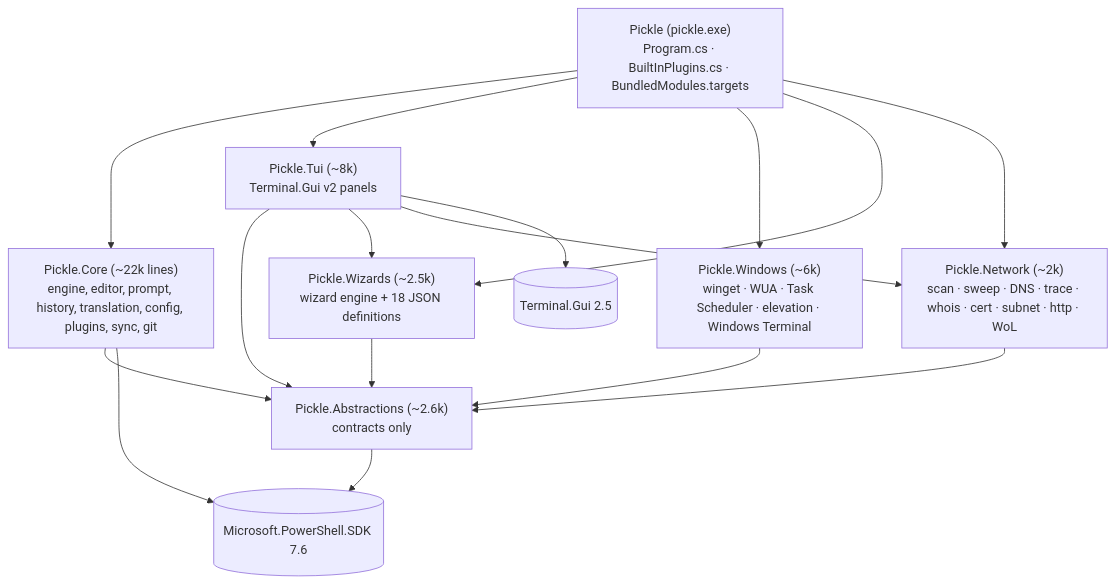
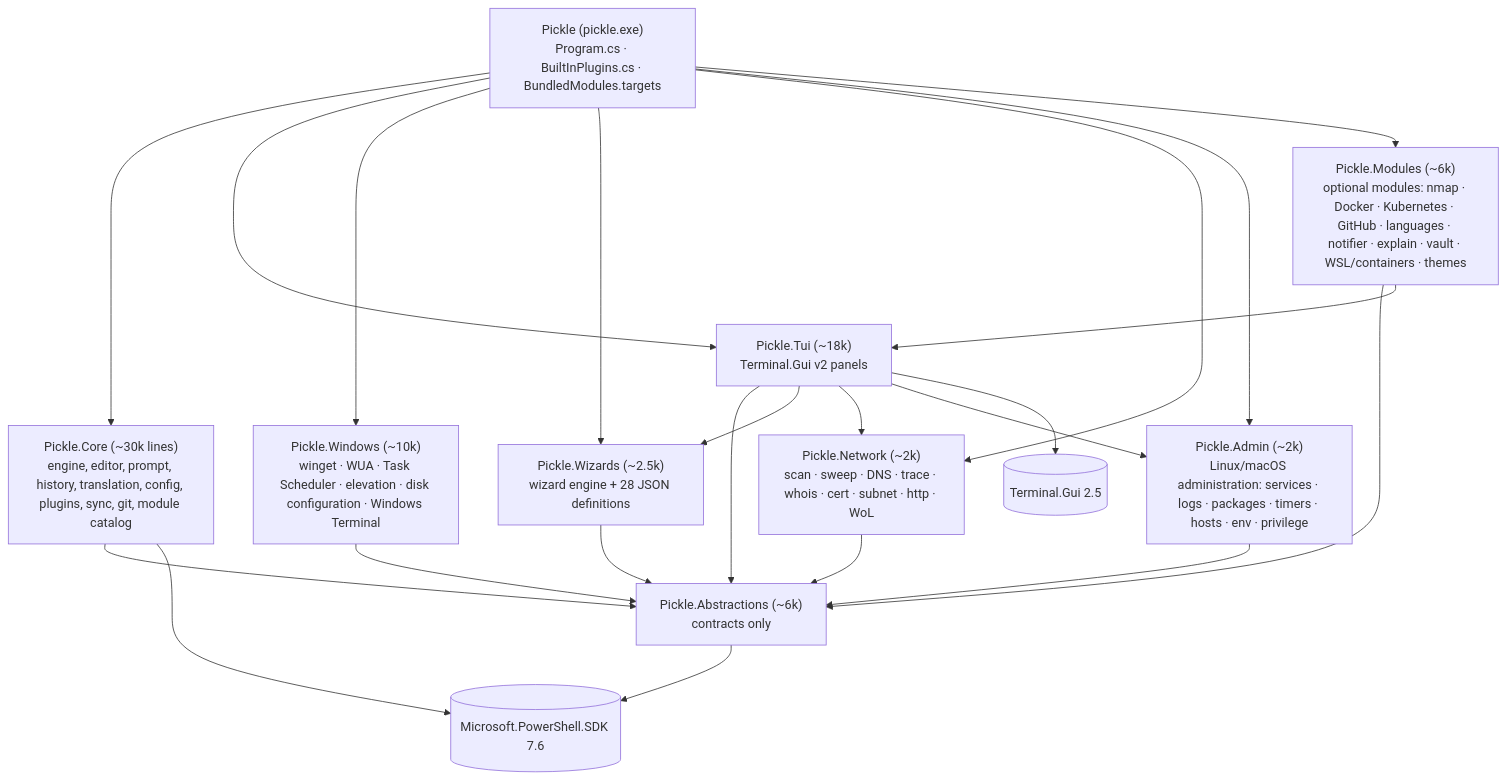
One commit to Daolyap/Pickle changed the first of 3 diagrams in docs/architecture.md. Above: the diagram before and after it, drawn with Mermaid. The commit also changed other lines of this file and 4 other files, not shown here.

First line of the commit message:
Document the new modules, panels and installer choices in the README, architecture guide and CLAUDE.md

````diff
--- a/docs/architecture.md
+++ b/docs/architecture.md
@@ -8,22 +8,26 @@
 ```mermaid
 graph TD
     exe["Pickle (pickle.exe)<br/>Program.cs · BuiltInPlugins.cs · BundledModules.targets"]
-    core["Pickle.Core (~22k lines)<br/>engine, editor, prompt, history, translation, config, plugins, sync, git"]
-    tui["Pickle.Tui (~8k)<br/>Terminal.Gui v2 panels"]
-    win["Pickle.Windows (~6k)<br/>winget · WUA · Task Scheduler · elevation · Windows Terminal"]
-    wiz["Pickle.Wizards (~2.5k)<br/>wizard engine + 18 JSON definitions"]
+    core["Pickle.Core (~30k lines)<br/>engine, editor, prompt, history, translation, config, plugins, sync, git, module catalog"]
+    tui["Pickle.Tui (~18k)<br/>Terminal.Gui v2 panels"]
+    win["Pickle.Windows (~10k)<br/>winget · WUA · Task Scheduler · elevation · disk configuration · Windows Terminal"]
+    adm["Pickle.Admin (~2k)<br/>Linux/macOS administration: services · logs · packages · timers · hosts · env · privilege"]
+    mods["Pickle.Modules (~6k)<br/>optional modules: nmap · Docker · Kubernetes · GitHub · languages · notifier · explain · vault · WSL/containers · themes"]
+    wiz["Pickle.Wizards (~2.5k)<br/>wizard engine + 28 JSON definitions"]
     net["Pickle.Network (~2k)<br/>scan · sweep · DNS · trace · whois · cert · subnet · http · WoL"]
-    abs["Pickle.Abstractions (~2.6k)<br/>contracts only"]
+    abs["Pickle.Abstractions (~6k)<br/>contracts only"]
     sdk[("Microsoft.PowerShell.SDK 7.6")]
     tg[("Terminal.Gui 2.5")]
 
-    exe --> core & tui & win & wiz & net
+    exe --> core & tui & win & wiz & net & adm & mods
     core --> abs
-    tui --> abs & wiz & net
+    tui --> abs & wiz & net & adm
+    mods --> abs & tui
+    adm --> abs
     net --> abs
     win --> abs
     wiz --> abs
     abs --> sdk
     core --> sdk
     tui --> tg
 ```
````
